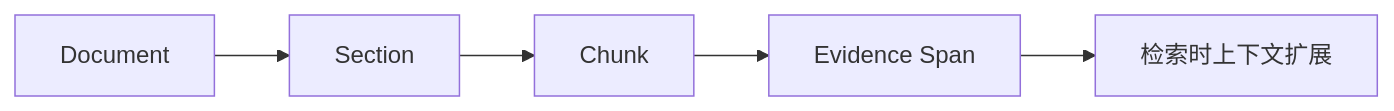
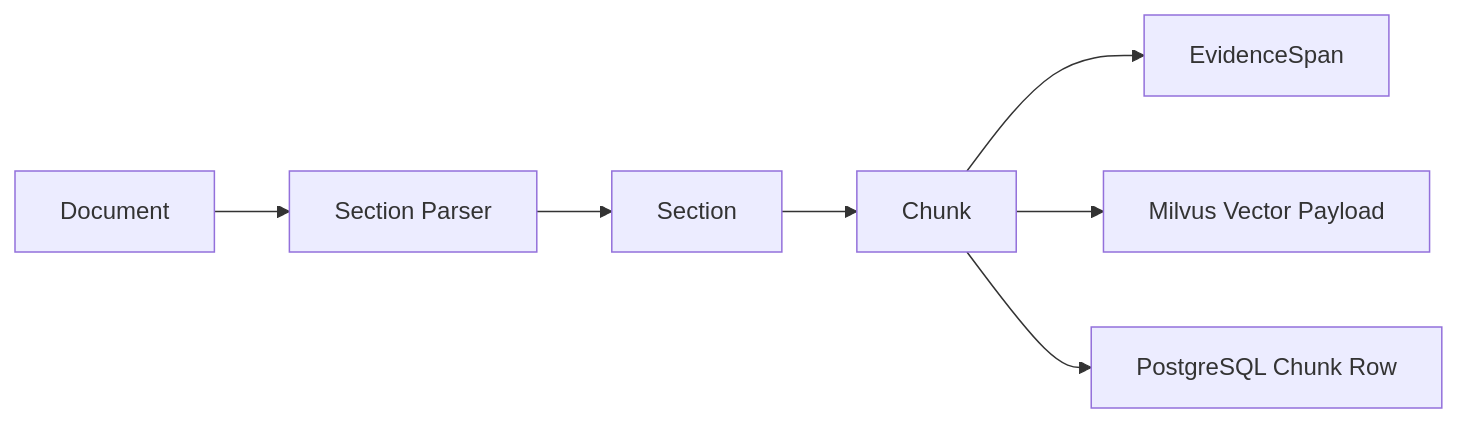
The sixth of 23 diagrams in company_target/day1-day20-summary.md (pretextQ/Reminder), drawn with Mermaid before and after one commit. The commit also changed other lines of this file and 4 other files, not shown here.

````diff
--- a/company_target/day1-day20-summary.md
+++ b/company_target/day1-day20-summary.md
@@ -198,7 +199,9 @@
 ```mermaid
 flowchart LR
-    A[Document] --> B[Section]
-    B --> C[Chunk]
-    C --> D[Evidence Span]
-    D --> E[检索时上下文扩展]
+    A[Document] --> B[Section Parser]
+    B --> C[Section]
+    C --> D[Chunk]
+    D --> E[EvidenceSpan]
+    D --> F[Milvus Vector Payload]
+    D --> G[PostgreSQL Chunk Row]
 ```
````
